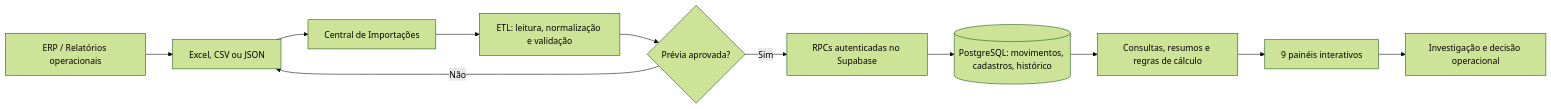
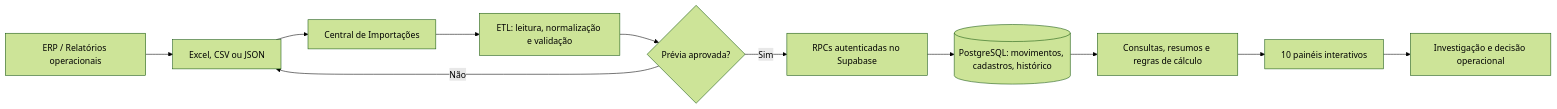
The diagram in README.md (terpsandlups/Z-AI-Dashboard), drawn with Mermaid (forest theme) before and after one commit. The commit also changed other lines of this file, not shown here.

````diff
--- a/README.md
+++ b/README.md
@@ -25,13 +25,13 @@
 ```mermaid
 flowchart LR
     A["ERP / Relatórios operacionais"] --> B["Excel, CSV ou JSON"]
     B --> C["Central de Importações"]
     C --> D["ETL: leitura, normalização e validação"]
     D --> E{"Prévia aprovada?"}
     E -- "Não" --> B
     E -- "Sim" --> F["RPCs autenticadas no Supabase"]
     F --> G[("PostgreSQL: movimentos, cadastros, histórico")]
     G --> H["Consultas, resumos e regras de cálculo"]
-    H --> I["9 painéis interativos"]
+    H --> I["10 painéis interativos"]
     I --> J["Investigação e decisão operacional"]
 ```
````
